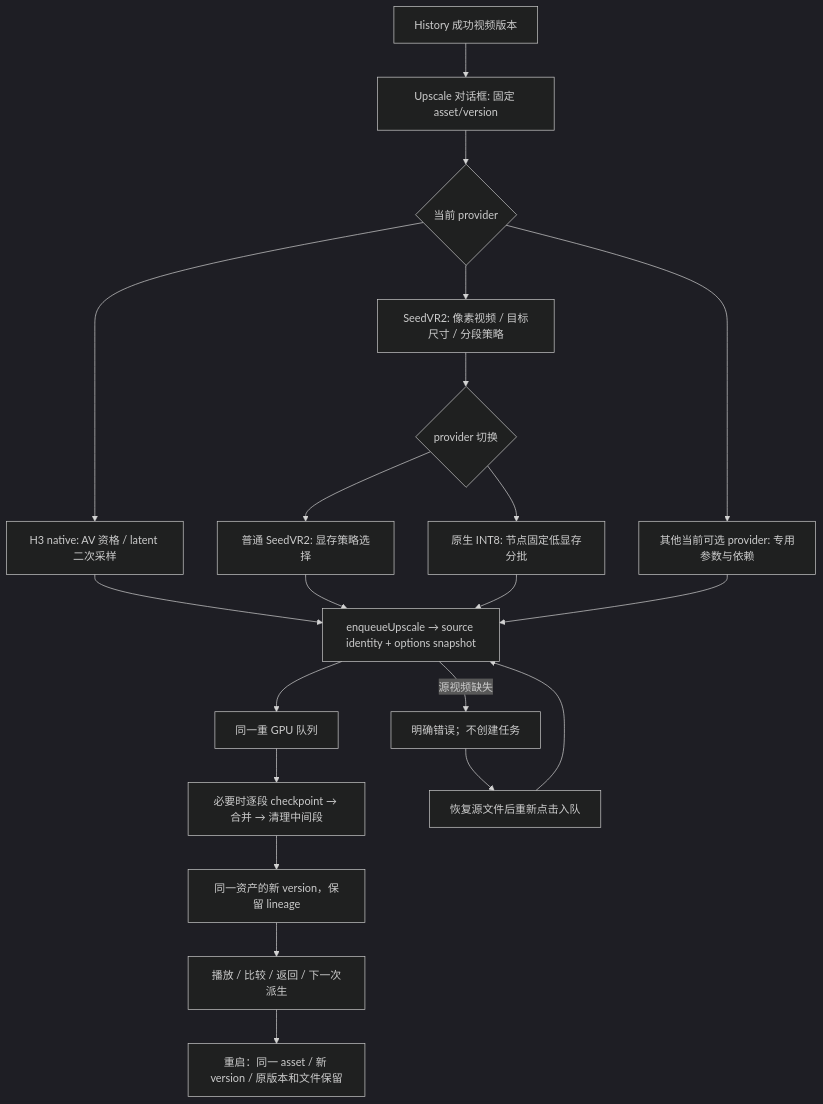
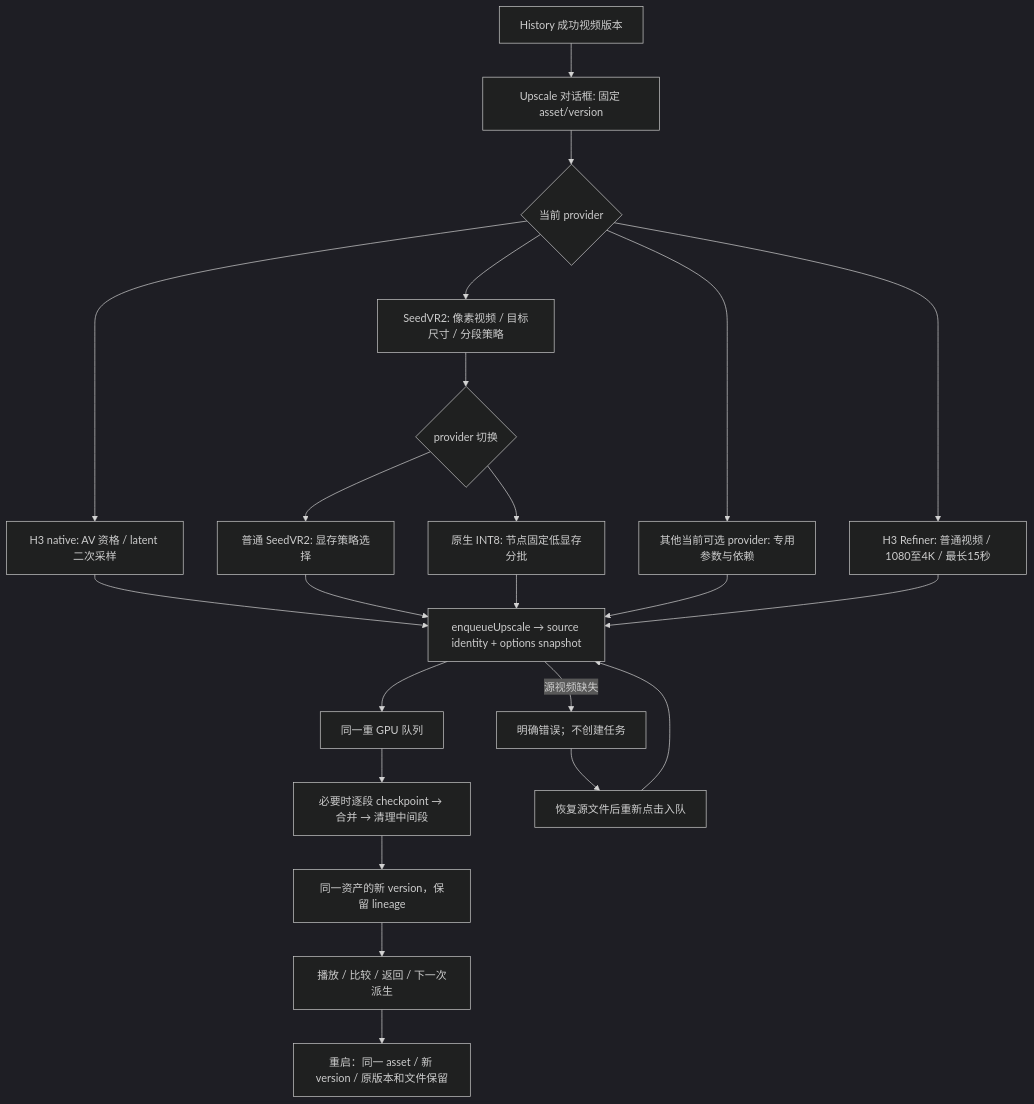
The sixth of 7 diagrams in docs/runbooks/PRODUCT_JOURNEYS.md (wxy112300/AIVideoGenTool), drawn with Mermaid (dark theme) before and after one commit. The commit also changed 95 other files, not shown here.

````diff
--- a/docs/runbooks/PRODUCT_JOURNEYS.md
+++ b/docs/runbooks/PRODUCT_JOURNEYS.md
@@ -239,20 +239,21 @@
 ```mermaid
 flowchart TD
   V[History 成功视频版本] --> D[Upscale 对话框: 固定 asset/version]
   D --> P{当前 provider}
   P --> H3[H3 native: AV 资格 / latent 二次采样]
   P --> SEED[SeedVR2: 像素视频 / 目标尺寸 / 分段策略]
+    P --> REF[H3 Refiner: 普通视频 / 1080至4K / 最长15秒]
   SEED --> SWITCH{provider 切换}
   SWITCH --> CLASSIC[普通 SeedVR2: 显存策略选择]
   SWITCH --> NATIVE[原生 INT8: 节点固定低显存分批]
   P --> OTHER[其他当前可选 provider: 专用参数与依赖]
-  H3 & CLASSIC & NATIVE & OTHER --> Q[enqueueUpscale → source identity + options snapshot]
+    H3 & CLASSIC & NATIVE & OTHER & REF --> Q[enqueueUpscale → source identity + options snapshot]
   Q --> GPU[同一重 GPU 队列]
   GPU --> SEG[必要时逐段 checkpoint → 合并 → 清理中间段]
   SEG --> VER[同一资产的新 version，保留 lineage]
   VER --> PLAY[播放 / 比较 / 返回 / 下一次派生]
   Q -->|源视频缺失| REJECT[明确错误；不创建任务]
   REJECT --> RESTORE[恢复源文件后重新点击入队]
   RESTORE --> Q
   PLAY --> RESTART[重启：同一 asset / 新 version / 原版本和文件保留]
 ```
````
